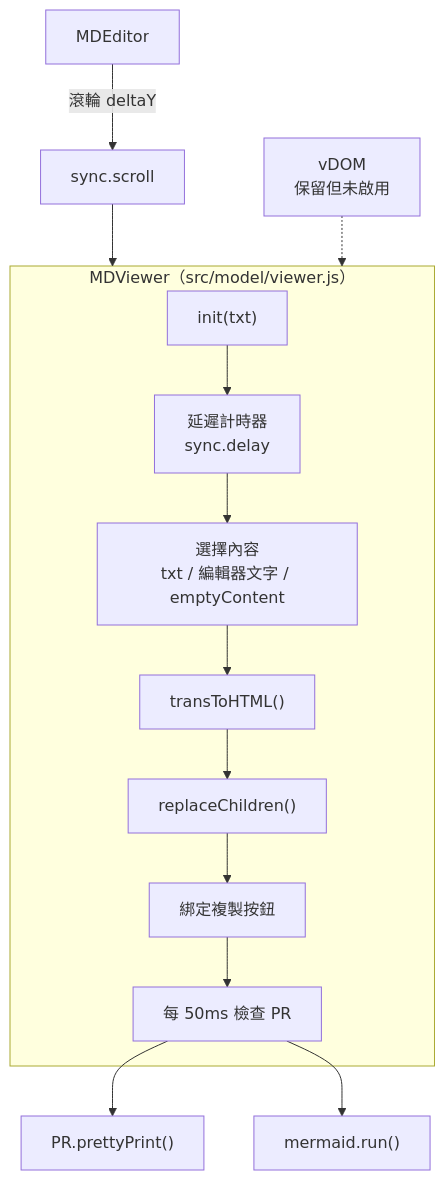
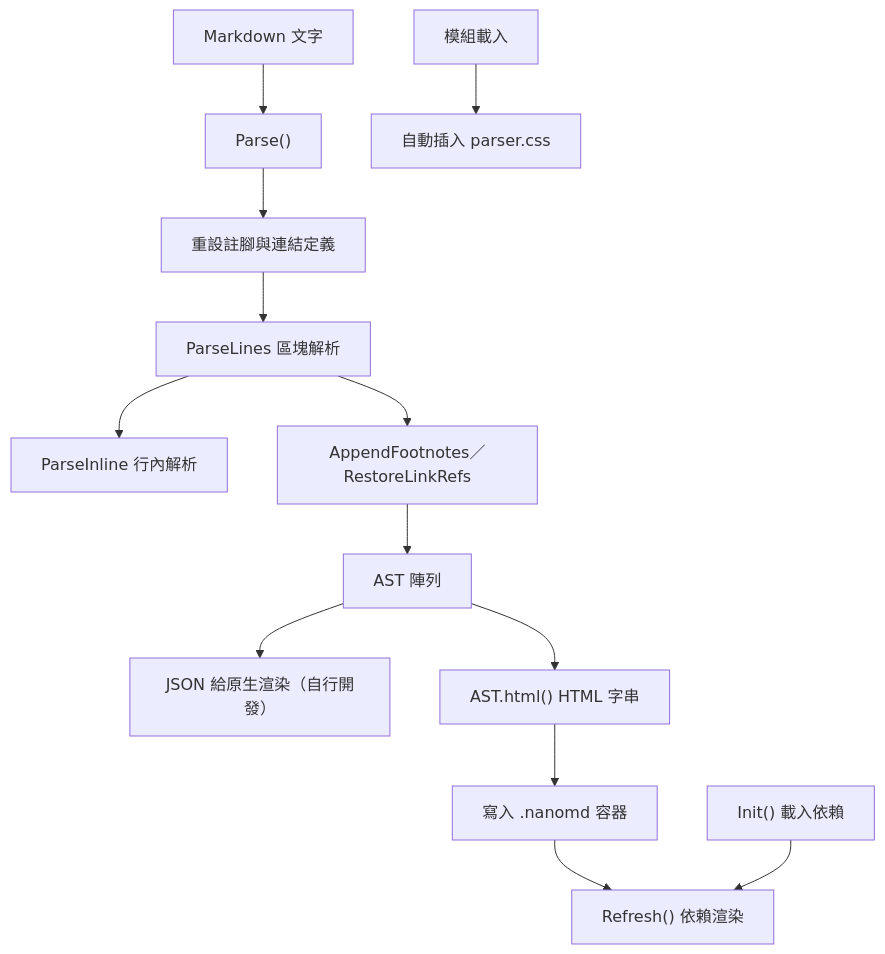
The first of 7 diagrams in doc/architecture.zh.md (pardnchiu/NanoMD), drawn with Mermaid before and after one commit. The commit also changed other lines of this file and 7 other files, not shown here.

````diff
--- a/doc/architecture.zh.md
+++ b/doc/architecture.zh.md
@@ -54,19 +9,15 @@
 ```mermaid
 graph TB
-    subgraph MDViewer["MDViewer（src/model/viewer.js）"]
-        Init["init(txt)"]
-        Timer[延遲計時器<br/>sync.delay]
-        Pick[選擇內容<br/>txt / 編輯器文字 / emptyContent]
-        Replace["replaceChildren()"]
-        Copy[綁定複製按鈕]
-        Poll[每 50ms 檢查 PR]
-        Init --> Timer --> Pick
-        Pick --> Trans["transToHTML()"]
-        Trans --> Replace --> Copy --> Poll
-    end
-    Editor[MDEditor] -->|滾輪 deltaY| Scroll[sync.scroll]
-    Scroll --> MDViewer
-    Poll --> PR["PR.prettyPrint()"]
-    Poll --> Mermaid["mermaid.run()"]
-    VDOM[vDOM<br/>保留但未啟用] -.-> MDViewer
+    Input[Markdown 文字] --> Parse["Parse()"]
+    Parse --> Reset[重設註腳與連結定義]
+    Reset --> Lines[ParseLines 區塊解析]
+    Lines --> Inline[ParseInline 行內解析]
+    Lines --> Post[AppendFootnotes／RestoreLinkRefs]
+    Post --> AST[AST 陣列]
+    AST --> JSON[JSON 給原生渲染（自行開發）]
+    AST --> HTML["AST.html() HTML 字串"]
+    HTML --> DOM[寫入 .nanomd 容器]
+    DOM --> Refresh["Refresh() 依賴渲染"]
+    Init["Init() 載入依賴"] --> Refresh
+    Load[模組載入] --> CSS[自動插入 parser.css]
 ```
````
